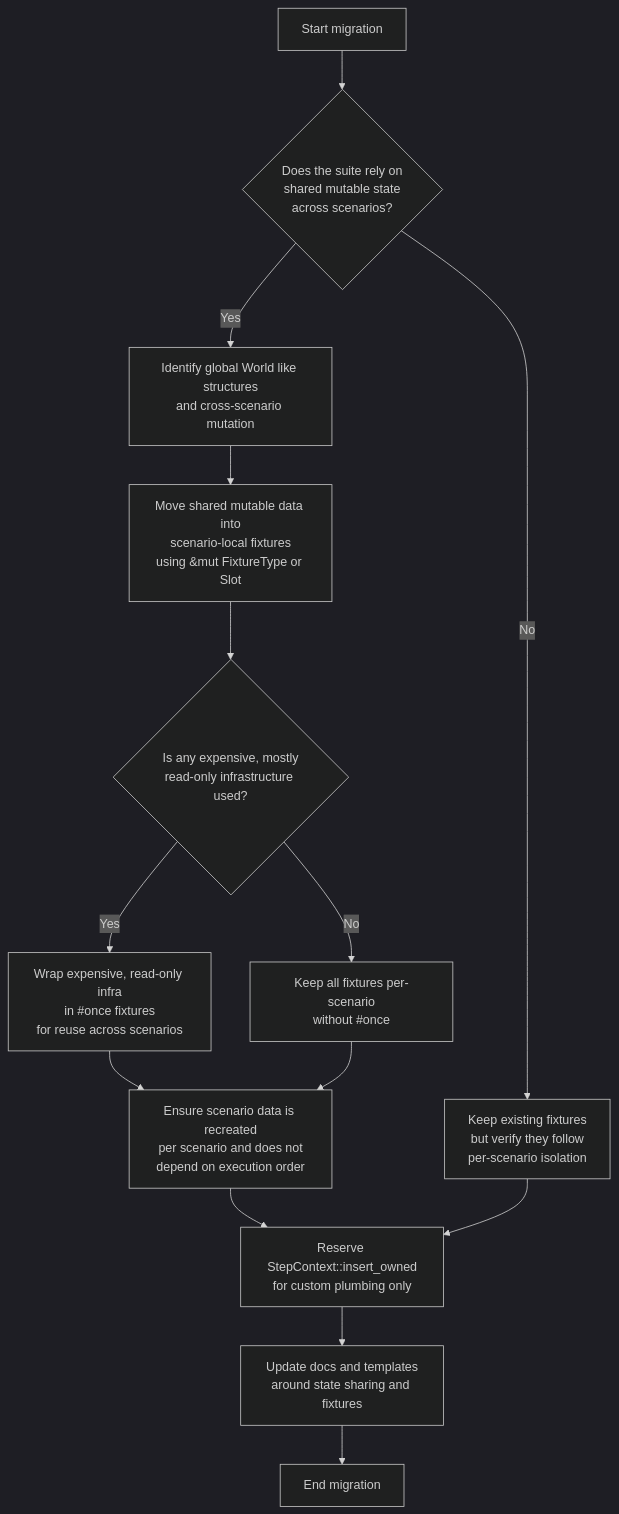
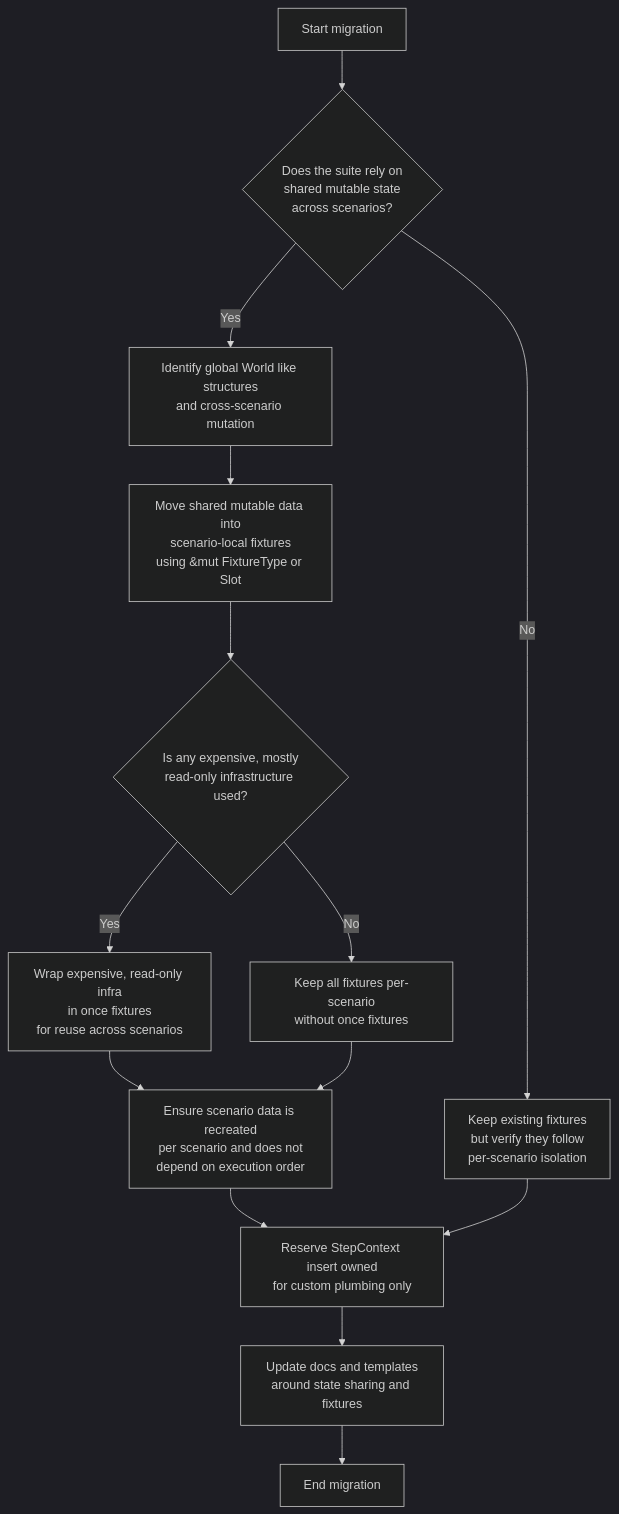
The diagram in docs/rstest-bdd-v0-5-0-migration-guide.md (leynos/ortho-config), drawn with Mermaid (dark theme) before and after one commit. The commit also changed 1 other file, not shown here.

Commit message:
Fix unterminated flowchart labels in rstest-bdd migration guide
The decision nodes in the migration-guide flowchart carried raw newlines
inside their `{...}` labels, which the stricter `merman-cli` lexer used
by `make nixie` rejects with "Unterminated node label (missing `}`)".
Put each node label on a single physical line and use `<br/>` for the
intended visual breaks so the diagram renders identically and the gate
passes.

Also record the maintainer's approval of the 6.3.1 ExecPlan: status is
now `APPROVED`, and the approval and ADR-question resolution are noted in
the plan's Progress section.

````diff
--- a/docs/rstest-bdd-v0-5-0-migration-guide.md
+++ b/docs/rstest-bdd-v0-5-0-migration-guide.md
@@ -120,37 +120,22 @@
 ```mermaid
 flowchart TD
-    A[Start migration] --> B{Does the suite rely on
-shared mutable state
-across scenarios?}
+    A["Start migration"] --> B{"Does the suite rely on<br/>shared mutable state<br/>across scenarios?"}
 
-    B -- Yes --> C[Identify global World like structures
-and cross-scenario mutation]
-    C --> D[Move shared mutable data into
-scenario-local fixtures
-using &mut FixtureType or Slot]
-    D --> E{Is any expensive, mostly
-read-only infrastructure used?}
+    B -- Yes --> C["Identify global World like structures<br/>and cross-scenario mutation"]
+    C --> D["Move shared mutable data into<br/>scenario-local fixtures<br/>using &mut FixtureType or Slot"]
+    D --> E{"Is any expensive, mostly<br/>read-only infrastructure used?"}
 
-    E -- Yes --> F[Wrap expensive, read-only infra
-in #once fixtures
-for reuse across scenarios]
-    E -- No --> G[Keep all fixtures per-scenario
-without #once]
+    E -- Yes --> F["Wrap expensive, read-only infra<br/>in once fixtures<br/>for reuse across scenarios"]
+    E -- No --> G["Keep all fixtures per-scenario<br/>without once fixtures"]
 
-    F --> H[Ensure scenario data is recreated
-per scenario and does not
-depend on execution order]
+    F --> H["Ensure scenario data is recreated<br/>per scenario and does not<br/>depend on execution order"]
     G --> H
 
-    B -- No --> I[Keep existing fixtures
-but verify they follow
-per-scenario isolation]
+    B -- No --> I["Keep existing fixtures<br/>but verify they follow<br/>per-scenario isolation"]
 
-    H --> J[Reserve StepContext::insert_owned
-for custom plumbing only]
+    H --> J["Reserve StepContext insert owned<br/>for custom plumbing only"]
     I --> J
 
-    J --> K[Update docs and templates
-around state sharing and fixtures]
-    K --> L[End migration]
+    J --> K["Update docs and templates<br/>around state sharing and fixtures"]
+    K --> L["End migration"]
 ```
````
